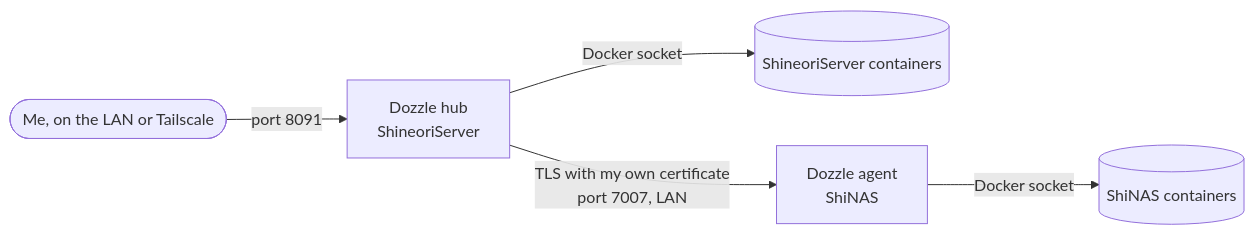
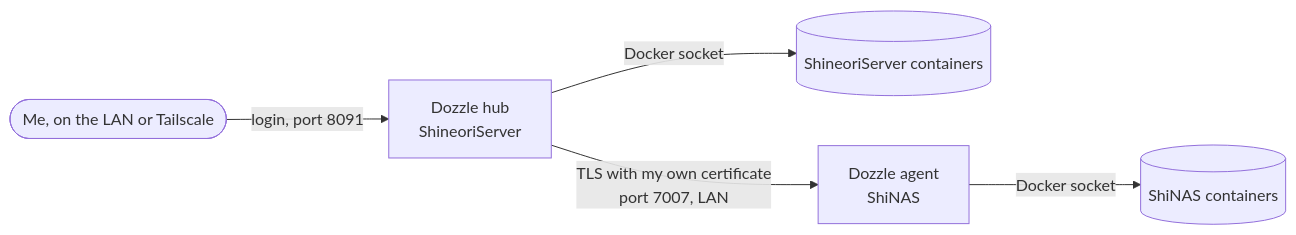
Before and after one commit to Shineori/homelab: the diagram in docs/services/dozzle.md, drawn with Mermaid. The commit also changed other lines of this file and 3 other files, not shown here.

Commit message:
Dozzle: login on and added to the nightly backup

````diff
--- a/docs/services/dozzle.md
+++ b/docs/services/dozzle.md
@@ -24,7 +24,7 @@
 ```mermaid
 flowchart LR
-    me([Me, on the LAN or Tailscale]) -- "port 8091" --> hub[Dozzle hub<br/>ShineoriServer]
+    me([Me, on the LAN or Tailscale]) -- "login, port 8091" --> hub[Dozzle hub<br/>ShineoriServer]
     hub -- "Docker socket" --> d1[(ShineoriServer containers)]
     hub -- "TLS with my own certificate<br/>port 7007, LAN" --> agent[Dozzle agent<br/>ShiNAS]
     agent -- "Docker socket" --> d2[(ShiNAS containers)]
 ```
````
